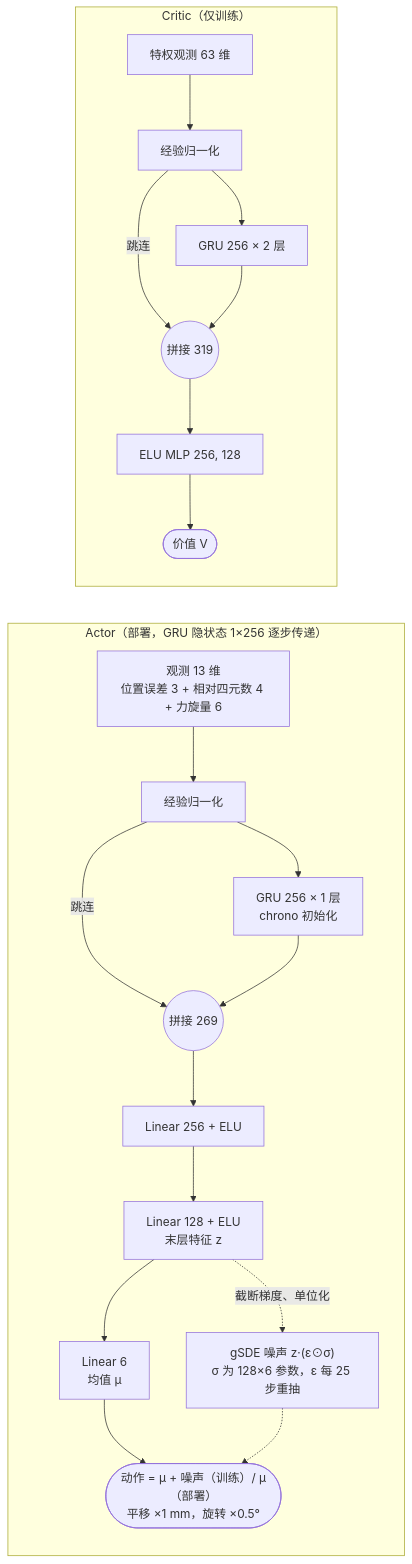
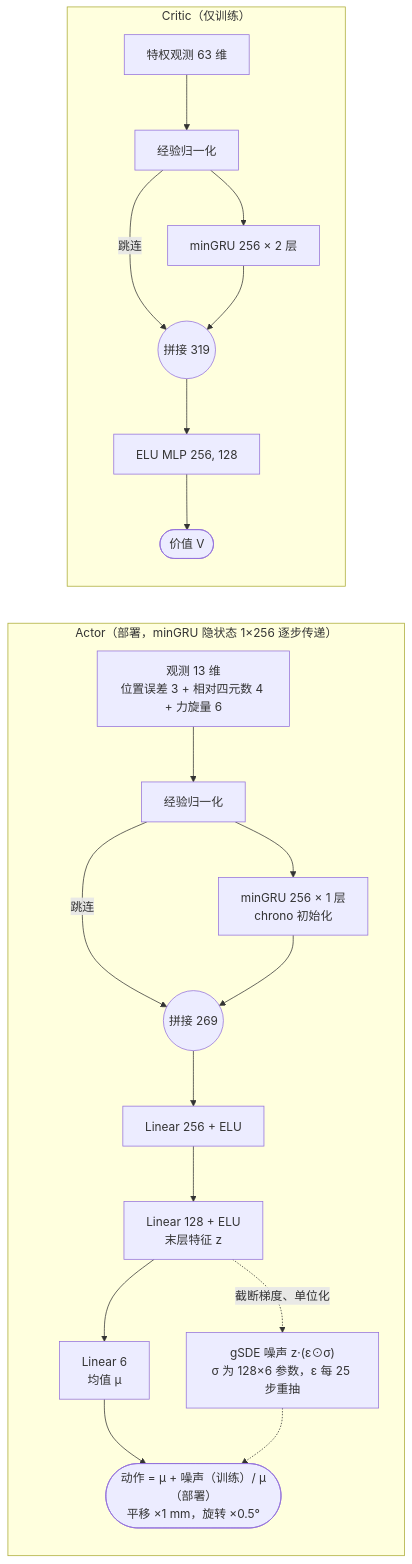
The diagram in README.md (madderscientist/InsertAnything), drawn with Mermaid before and after one commit. The commit also changed other lines of this file and 5 other files, not shown here.

Commit message:
搜索训练 actor 与 critic 全部改用 minGRU，删除 GRU 与谱范数约束（移植自 search-sigma）

````diff
--- a/README.md
+++ b/README.md
@@ -211,20 +211,20 @@
   ```mermaid
   flowchart LR
-    subgraph A["Actor（部署，GRU 隐状态 1×256 逐步传递）"]
+    subgraph A["Actor（部署，minGRU 隐状态 1×256 逐步传递）"]
       direction TB
       ao["观测 13 维<br/>位置误差 3 + 相对四元数 4 + 力旋量 6"] --> an["经验归一化"]
-      an --> ag["GRU 256 × 1 层<br/>chrono 初始化"]
+      an --> ag["minGRU 256 × 1 层<br/>chrono 初始化"]
       an -->|跳连| ac(("拼接 269"))
       ag --> ac
       ac --> am1["Linear 256 + ELU"] --> am2["Linear 128 + ELU<br/>末层特征 z"] --> amu["Linear 6<br/>均值 μ"]
       am2 -.->|截断梯度、单位化| gs["gSDE 噪声 z·(ε⊙σ)<br/>σ 为 128×6 参数，ε 每 25 步重抽"]
       amu --> act(["动作 = μ + 噪声（训练）/ μ（部署）<br/>平移 ×1 mm，旋转 ×0.5°"])
       gs -.-> act
     end
     subgraph C["Critic（仅训练）"]
       direction TB
-      co["特权观测 63 维"] --> cn["经验归一化"] --> cg["GRU 256 × 2 层"]
+      co["特权观测 63 维"] --> cn["经验归一化"] --> cg["minGRU 256 × 2 层"]
       cn -->|跳连| cc(("拼接 319"))
       cg --> cc --> cm["ELU MLP 256, 128"] --> v(["价值 V"])
     end
   ```
````
